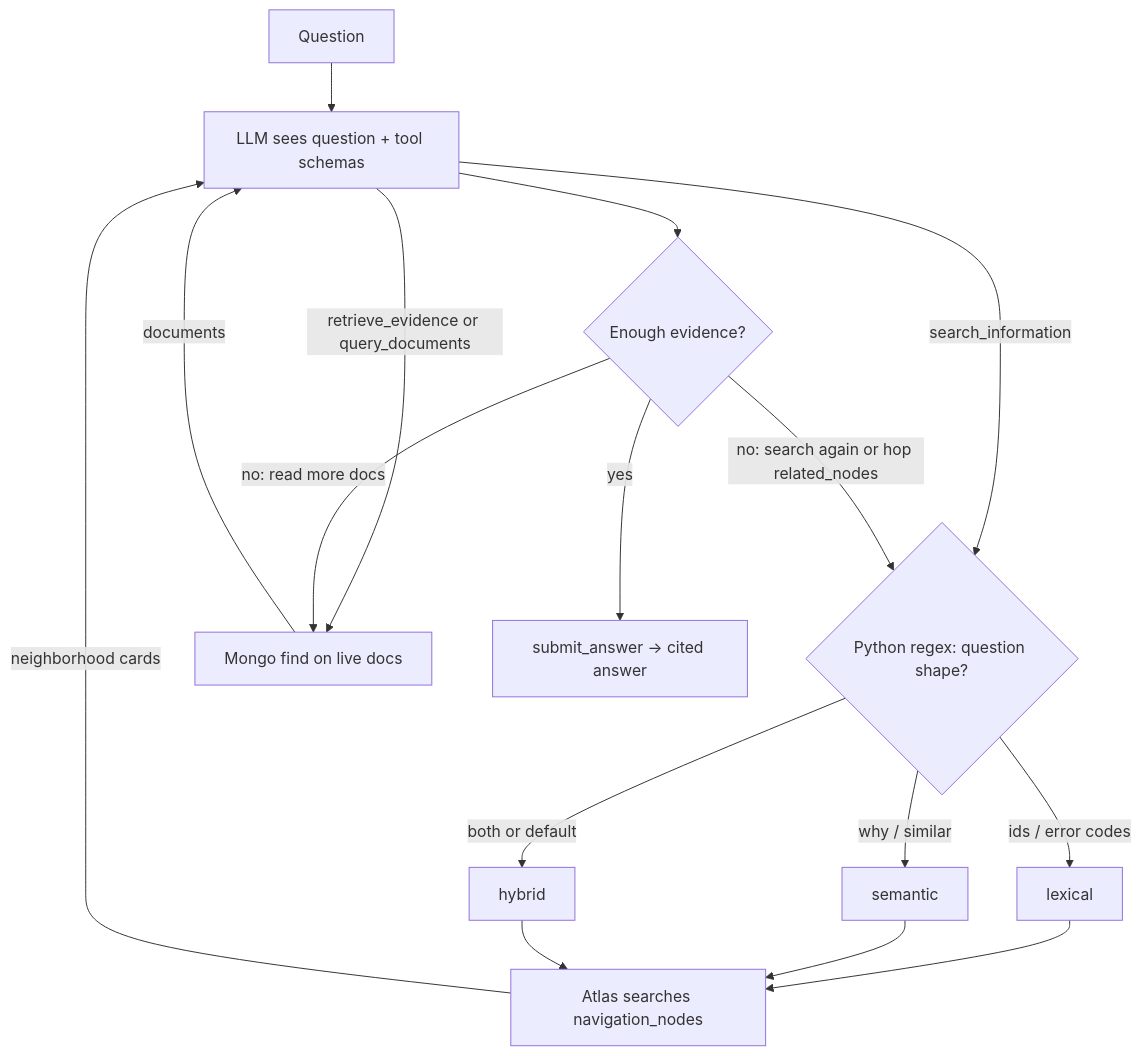
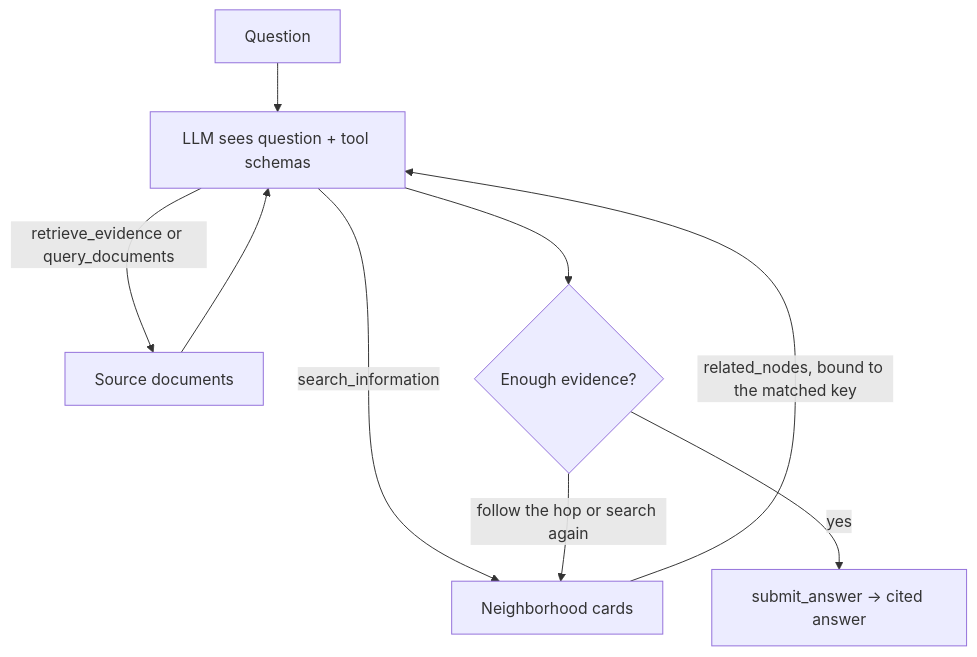
Before and after one commit to shekhartata/mare: the diagram in README.md, drawn with Mermaid. The commit also changed other lines of this file and 32 other files, not shown here.

Commit message:
Add a generic index so MARE can profile an unfamiliar MongoDB and hop without SaaS field names.

````diff
--- a/README.md
+++ b/README.md
@@ -175,18 +174,11 @@
 ```mermaid
 flowchart TD
     Q[Question] --> LLM["LLM sees question + tool schemas"]
-    LLM -->|"search_information"| RX{"Python regex: question shape?"}
-    RX -->|"ids / error codes"| LEX[lexical]
-    RX -->|"why / similar"| SEM[semantic]
-    RX -->|"both or default"| HYB[hybrid]
-    LEX --> AT["Atlas searches navigation_nodes"]
-    SEM --> AT
-    HYB --> AT
-    AT -->|"neighborhood cards"| LLM
-    LLM -->|"retrieve_evidence or query_documents"| MN["Mongo find on live docs"]
-    MN -->|"documents"| LLM
+    LLM -->|"search_information"| NAV["Neighborhood cards"]
+    NAV -->|"related_nodes, bound to the matched key"| LLM
+    LLM -->|"retrieve_evidence or query_documents"| DOCS["Source documents"]
+    DOCS --> LLM
     LLM --> DEC{"Enough evidence?"}
-    DEC -->|"no: search again or hop related_nodes"| RX
-    DEC -->|"no: read more docs"| MN
+    DEC -->|"follow the hop or search again"| NAV
     DEC -->|"yes"| ANS["submit_answer → cited answer"]
 ```
````
